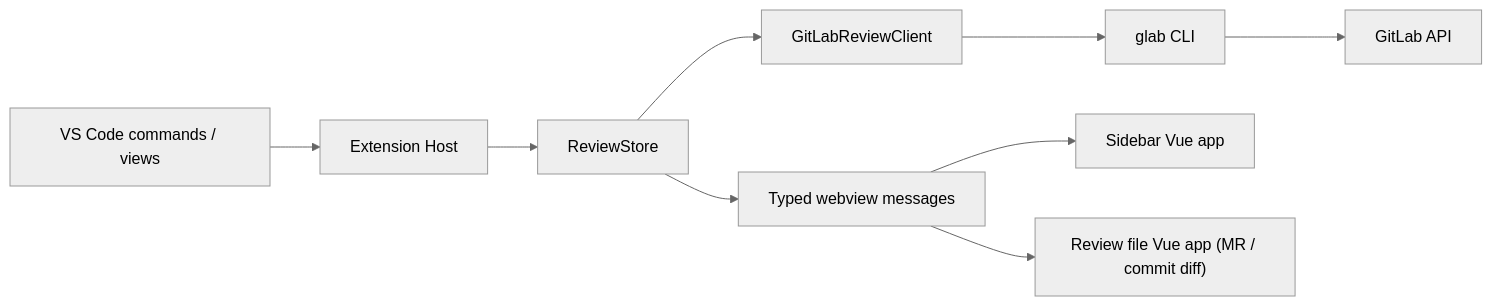
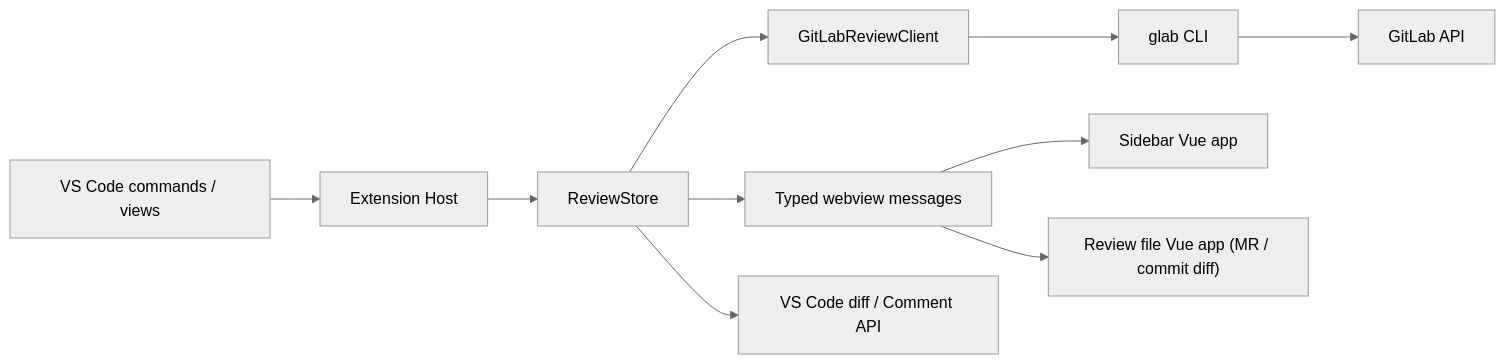
One commit to ota-takeru/gitlab-review-workspace changed the diagram in README.md. Above: the diagram before and after it, drawn with Mermaid (neutral theme). The commit also changed other lines of this file and 21 other files, not shown here.

````diff
--- a/README.md
+++ b/README.md
@@ -119,11 +126,12 @@
 ```mermaid
 flowchart LR
   VSCode["VS Code commands / views"] --> Host["Extension Host"]
   Host --> Store["ReviewStore"]
   Store --> API["GitLabReviewClient"]
   API --> Glab["glab CLI"]
   Glab --> GitLab["GitLab API"]
   Store --> Protocol["Typed webview messages"]
+  Store --> Native["VS Code diff / Comment API"]
   Protocol --> Sidebar["Sidebar Vue app"]
   Protocol --> Review["Review file Vue app (MR / commit diff)"]
 ```
````
